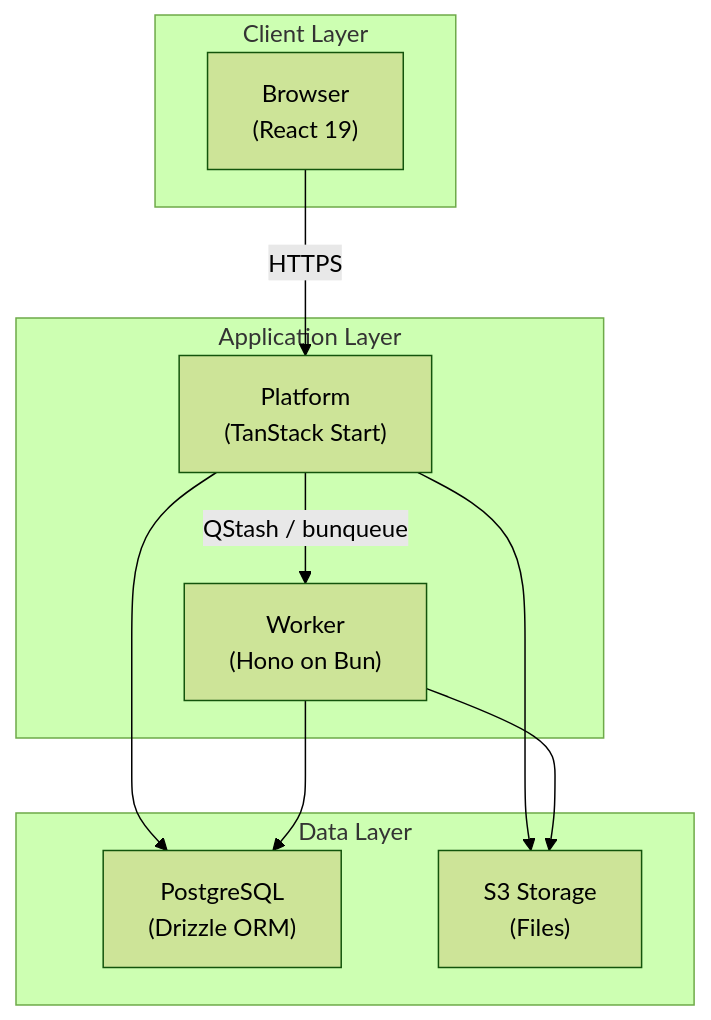
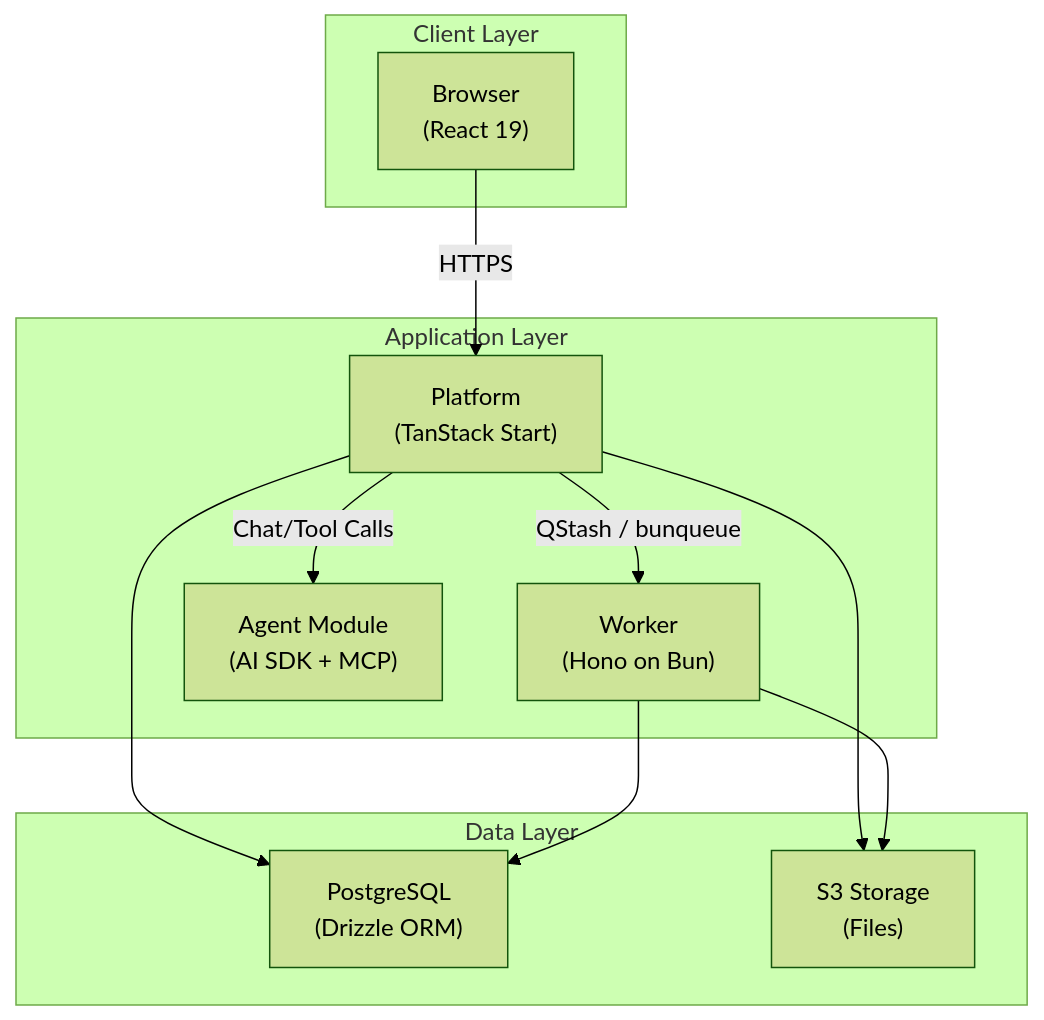
Before and after one commit to macintushar/curiositi: the first of 5 diagrams in apps/www/src/content/docs/docs/development/architecture.mdx, drawn with Mermaid (forest theme). The commit also changed other lines of this file and 159 other files, not shown here.

````diff
--- a/apps/www/src/content/docs/docs/development/architecture.mdx
+++ b/apps/www/src/content/docs/docs/development/architecture.mdx
@@ -10,24 +10,26 @@
 ```mermaid
 flowchart TB
     subgraph Client["Client Layer"]
         Browser["Browser<br/>(React 19)"]
     end
 
     subgraph App["Application Layer"]
         Platform["Platform<br/>(TanStack Start)"]
         Worker["Worker<br/>(Hono on Bun)"]
+        Agent["Agent Module<br/>(AI SDK + MCP)"]
         
         Platform -->|"QStash / bunqueue"| Worker
+        Platform -->|"Chat/Tool Calls"| Agent
     end
 
     subgraph Data["Data Layer"]
         Postgres["PostgreSQL<br/>(Drizzle ORM)"]
         S3["S3 Storage<br/>(Files)"]
     end
 
     Browser --"HTTPS"--> Platform
     Platform --> Postgres
     Platform --> S3
     Worker --> S3
     Worker --> Postgres
 ```
````
